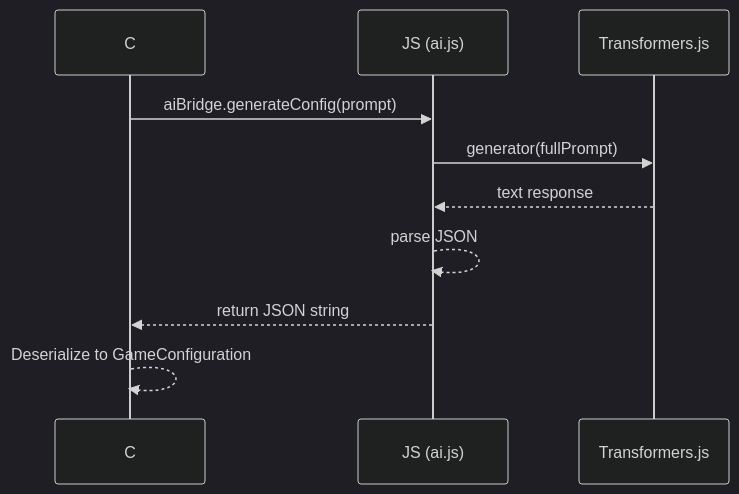
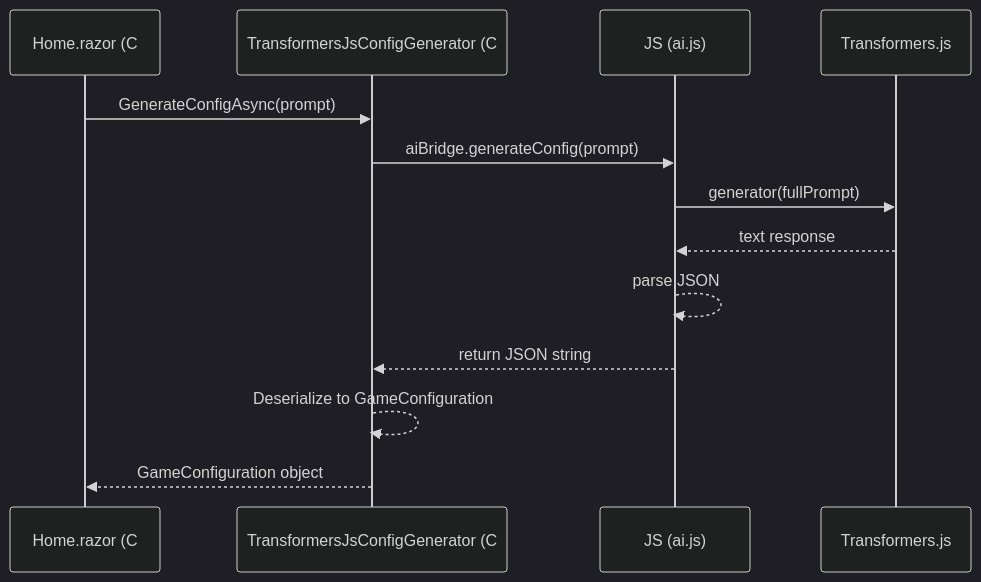
The diagram in docs/05-js-interop-deep-dive.md (vasireddy/AISnakeGame), drawn with Mermaid (dark theme) before and after one commit. The commit also changed other lines of this file and 19 other files, not shown here.

First line of the commit message:
Finalize AI Snake Studio with Clean Architecture and Powerups.

````diff
--- a/docs/05-js-interop-deep-dive.md
+++ b/docs/05-js-interop-deep-dive.md
@@ -21,13 +20,16 @@
 ```mermaid
 sequenceDiagram
-    participant C as C# (Blazor)
+    participant UI as Home.razor (C#)
+    participant C as TransformersJsConfigGenerator (C#)
     participant J as JS (ai.js)
     participant T as Transformers.js
 
+    UI->>C: GenerateConfigAsync(prompt)
     C->>J: aiBridge.generateConfig(prompt)
     J->>T: generator(fullPrompt)
     T-->>J: text response
     J-->>J: parse JSON
     J-->>C: return JSON string
     C-->>C: Deserialize to GameConfiguration
+    C-->>UI: GameConfiguration object
 ```
````
